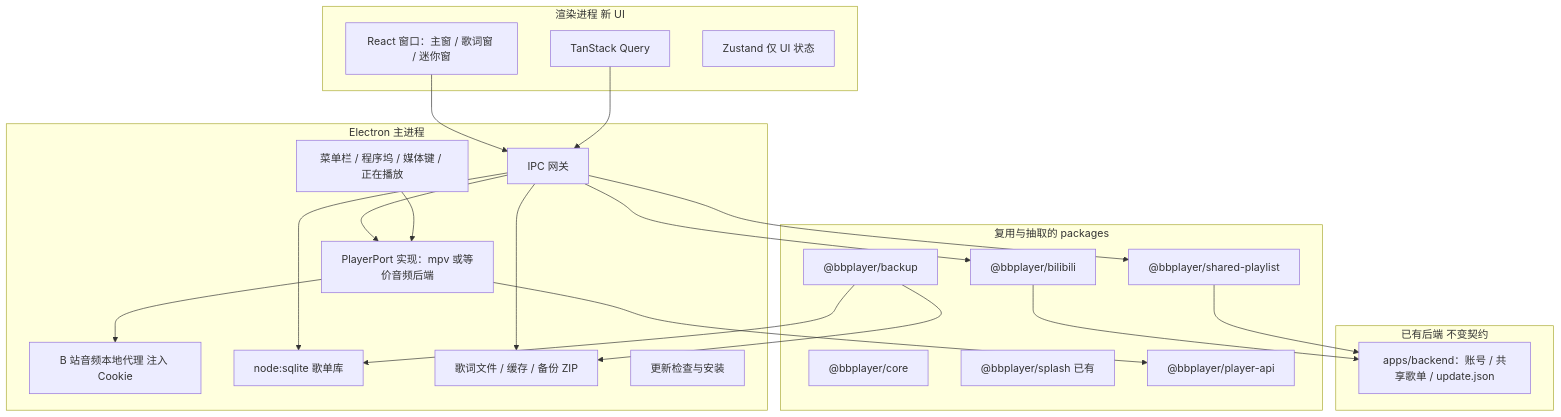
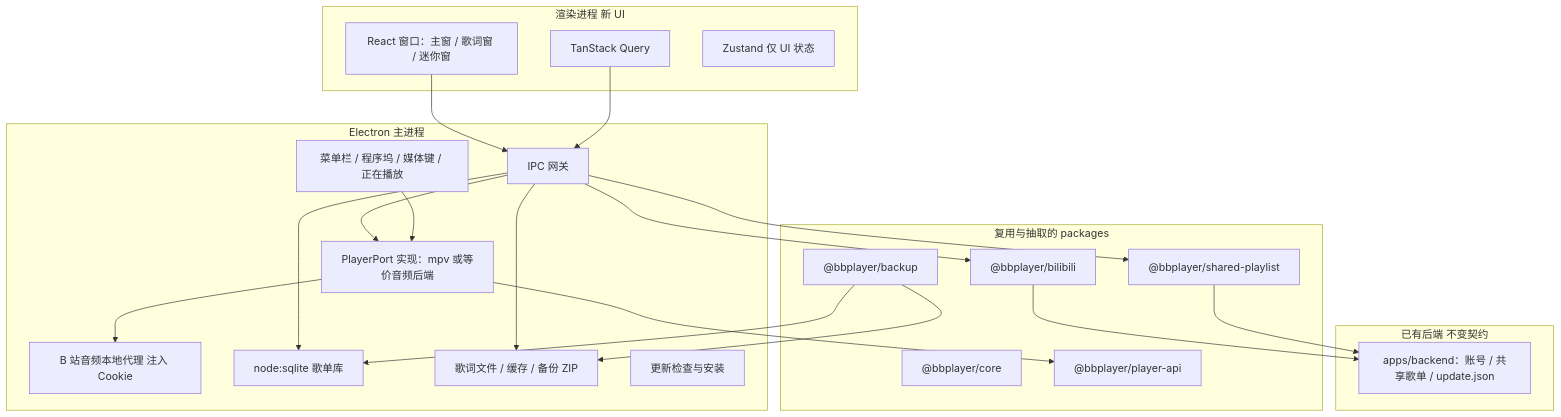
The diagram in prd/03-BBPlayer桌面端技术方案.md (canvascat/BBPlayer), drawn with Mermaid before and after one commit. The commit also changed other lines of this file and 27 other files, not shown here.

First line of the commit message:
refactor(core): 将歌词解析收进 core 并移除 @bbplayer/splash

````diff
--- a/prd/03-BBPlayer桌面端技术方案.md
+++ b/prd/03-BBPlayer桌面端技术方案.md
@@ -43,46 +43,45 @@
 ```mermaid
 flowchart TB
     subgraph renderer["渲染进程 新 UI"]
         ui["React 窗口：主窗 / 歌词窗 / 迷你窗"]
         rq["TanStack Query"]
         store["Zustand 仅 UI 状态"]
     end
 
     subgraph main["Electron 主进程"]
         ipc["IPC 网关"]
         player["PlayerPort 实现：mpv 或等价音频后端"]
         proxy["B 站音频本地代理 注入 Cookie"]
         sql["node:sqlite 歌单库"]
         fs["歌词文件 / 缓存 / 备份 ZIP"]
         tray["菜单栏 / 程序坞 / 媒体键 / 正在播放"]
         updater["更新检查与安装"]
     end
 
     subgraph shared["复用与抽取的 packages"]
         core["@bbplayer/core"]
         bili["@bbplayer/bilibili"]
-        splash["@bbplayer/splash 已有"]
         backup["@bbplayer/backup"]
         playerapi["@bbplayer/player-api"]
         sharedpl["@bbplayer/shared-playlist"]
     end
 
     subgraph cloud["已有后端 不变契约"]
         worker["apps/backend：账号 / 共享歌单 / update.json"]
     end
 
     ui --> ipc
     rq --> ipc
     ipc --> player
     ipc --> sql
     ipc --> fs
     player --> proxy
     ipc --> bili
     ipc --> sharedpl
     bili --> worker
     sharedpl --> worker
     player --> playerapi
     tray --> player
     backup --> sql
     backup --> fs
 ```
````
